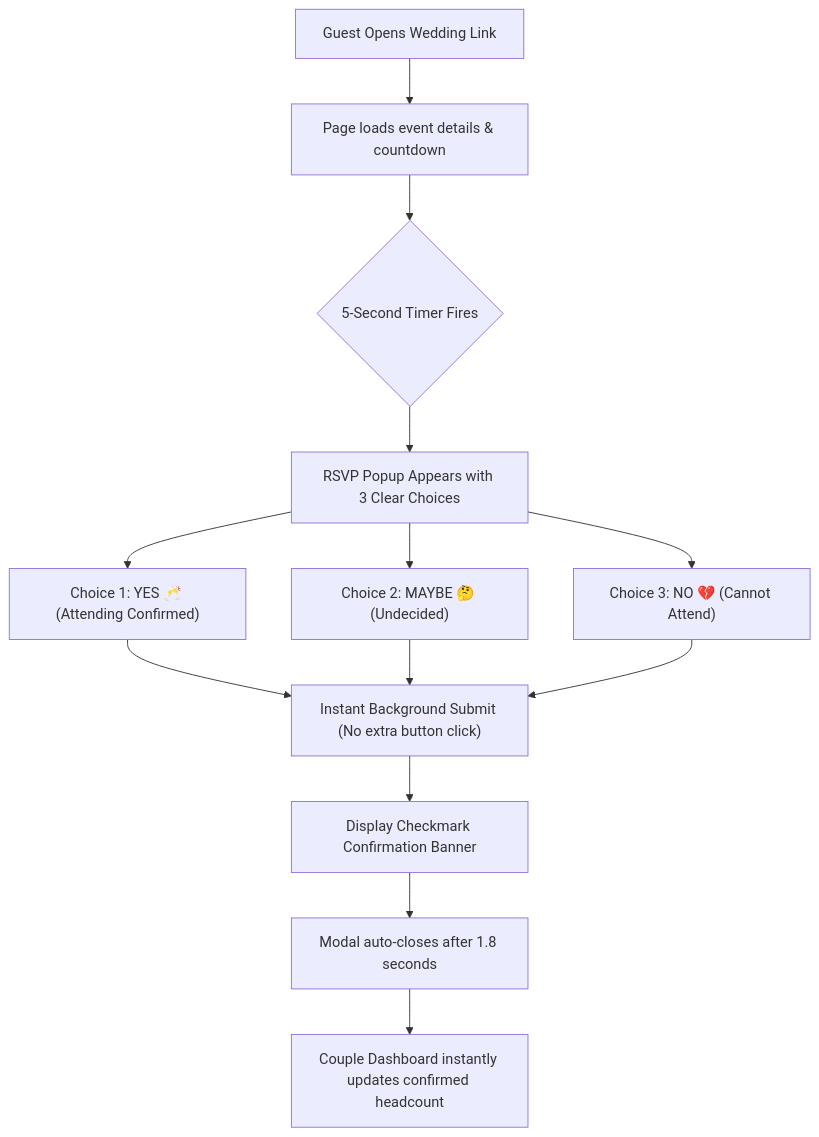
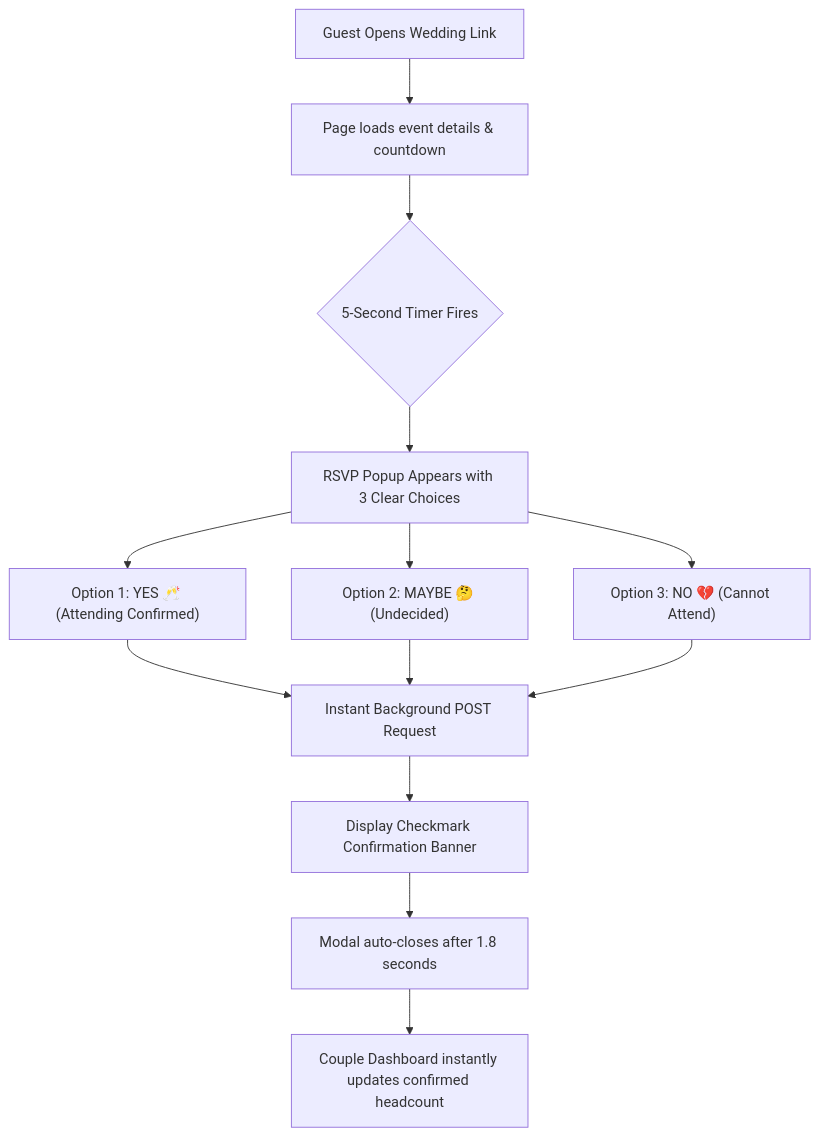
Before and after one commit to AnaniyaSiyum/Agafari: the second of 4 diagrams in docs/Agafari_Master_Shareable_Guide.md, drawn with Mermaid. The commit also changed other lines of this file and 86 other files, not shown here.

````diff
--- a/docs/Agafari_Master_Shareable_Guide.md
+++ b/docs/Agafari_Master_Shareable_Guide.md
@@ -234,18 +179,18 @@
 ```mermaid
 flowchart TD
     A["Guest Opens Wedding Link"] --> B["Page loads event details & countdown"]
     B --> C{"5-Second Timer Fires"}
     C --> D["RSVP Popup Appears with 3 Clear Choices"]
 
-    D --> E["Choice 1: YES 🥂 (Attending Confirmed)"]
-    D --> F["Choice 2: MAYBE 🤔 (Undecided)"]
-    D --> G["Choice 3: NO 💔 (Cannot Attend)"]
+    D --> E["Option 1: YES 🥂 (Attending Confirmed)"]
+    D --> F["Option 2: MAYBE 🤔 (Undecided)"]
+    D --> G["Option 3: NO 💔 (Cannot Attend)"]
 
-    E --> H["Instant Background Submit (No extra button click)"]
+    E --> H["Instant Background POST Request"]
     F --> H
     G --> H
 
     H --> I["Display Checkmark Confirmation Banner"]
     I --> J["Modal auto-closes after 1.8 seconds"]
     J --> K["Couple Dashboard instantly updates confirmed headcount"]
 ```
````
